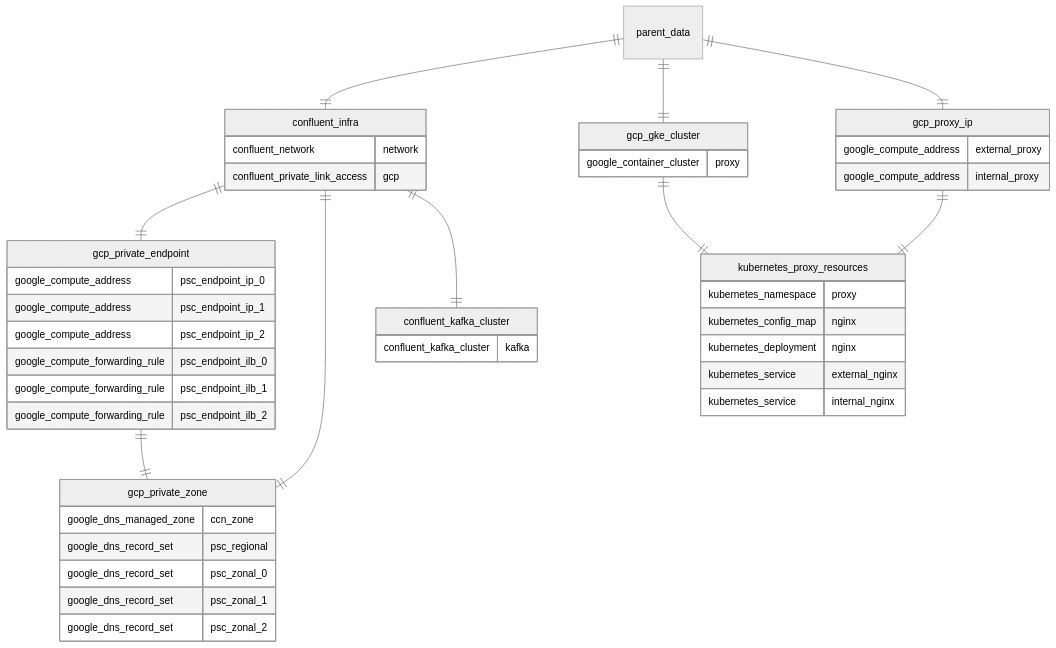
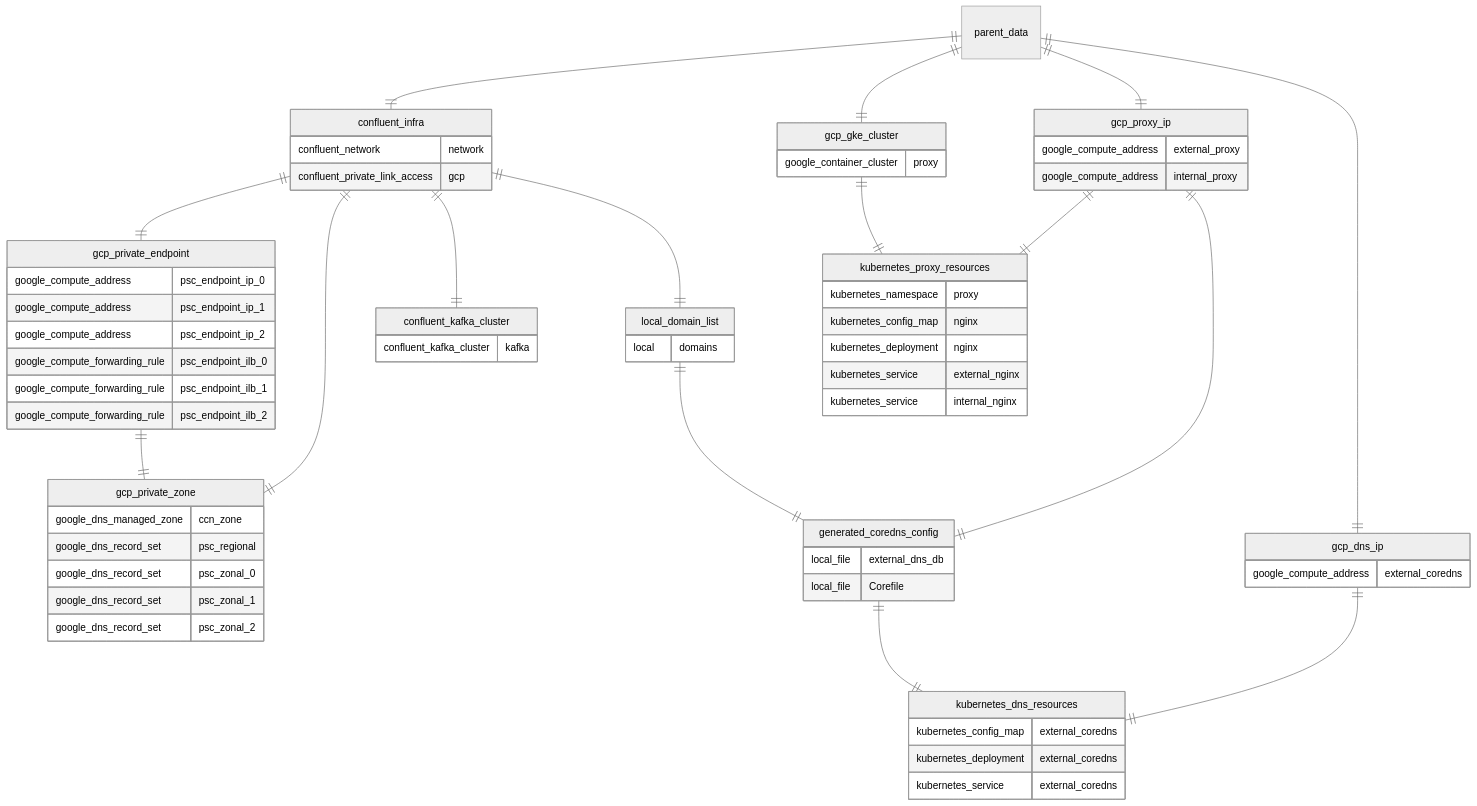
Before and after one commit to justinrlee/terraform-templates: the second of 2 diagrams in cloud-networking/gcp-psc/region_template/README.md, drawn with Mermaid. The commit also changed other lines of this file and 3 other files, not shown here.

Commit message:
Refactor and add diagrams

````diff
--- a/cloud-networking/gcp-psc/region_template/README.md
+++ b/cloud-networking/gcp-psc/region_template/README.md
@@ -44,57 +95,84 @@
 ```mermaid
 %%{init: {"theme": "neutral", "logLevel": 1 }}%%
 erDiagram
     parent_data ||--|| confluent_infra: ""
     parent_data ||--|| gcp_gke_cluster: ""
     parent_data ||--|| gcp_proxy_ip: ""
     confluent_infra ||--|| gcp_private_endpoint: ""
     confluent_infra ||--|| gcp_private_zone: ""
     confluent_infra ||--|| confluent_kafka_cluster: ""
     gcp_gke_cluster ||--|| kubernetes_proxy_resources: ""
     gcp_private_endpoint ||--|| gcp_private_zone: ""
     gcp_proxy_ip ||--|| kubernetes_proxy_resources: ""
+
+    parent_data ||--|| gcp_dns_ip: ""
+    confluent_infra ||--|| local_domain_list: ""
+    local_domain_list ||--|| generated_coredns_config: ""
+    gcp_proxy_ip ||--|| generated_coredns_config: ""
+
+    generated_coredns_config ||--|| kubernetes_dns_resources: ""
+    gcp_dns_ip ||--|| kubernetes_dns_resources: ""
 
     confluent_infra {
       confluent_network network
       confluent_private_link_access gcp
     }
 
     confluent_kafka_cluster {
       confluent_kafka_cluster kafka
     }
 
     gcp_gke_cluster {
       google_container_cluster proxy
     }
 
     gcp_private_endpoint {
       google_compute_address psc_endpoint_ip_0
       google_compute_address psc_endpoint_ip_1
       google_compute_address psc_endpoint_ip_2
       google_compute_forwarding_rule psc_endpoint_ilb_0
       google_compute_forwarding_rule psc_endpoint_ilb_1
       google_compute_forwarding_rule psc_endpoint_ilb_2
     }
 
     gcp_proxy_ip {
       google_compute_address external_proxy
       google_compute_address internal_proxy
     }
 
     gcp_private_zone {
       google_dns_managed_zone ccn_zone
       google_dns_record_set psc_regional
       google_dns_record_set psc_zonal_0
       google_dns_record_set psc_zonal_1
       google_dns_record_set psc_zonal_2
     }
     kubernetes_proxy_resources {
       kubernetes_namespace proxy
       kubernetes_config_map nginx
       kubernetes_deployment nginx
       kubernetes_service external_nginx
       kubernetes_service internal_nginx
     }
 
+    local_domain_list {
+      local domains
+    }
+
+    gcp_dns_ip {
+      google_compute_address external_coredns
+    }
+
+    generated_coredns_config {
+      local_file external_dns_db
+      local_file Corefile
+    }
+
+    kubernetes_dns_resources {
+      kubernetes_config_map external_coredns
+      kubernetes_deployment external_coredns
+      kubernetes_service external_coredns
+    }
+
 
 ```
````
